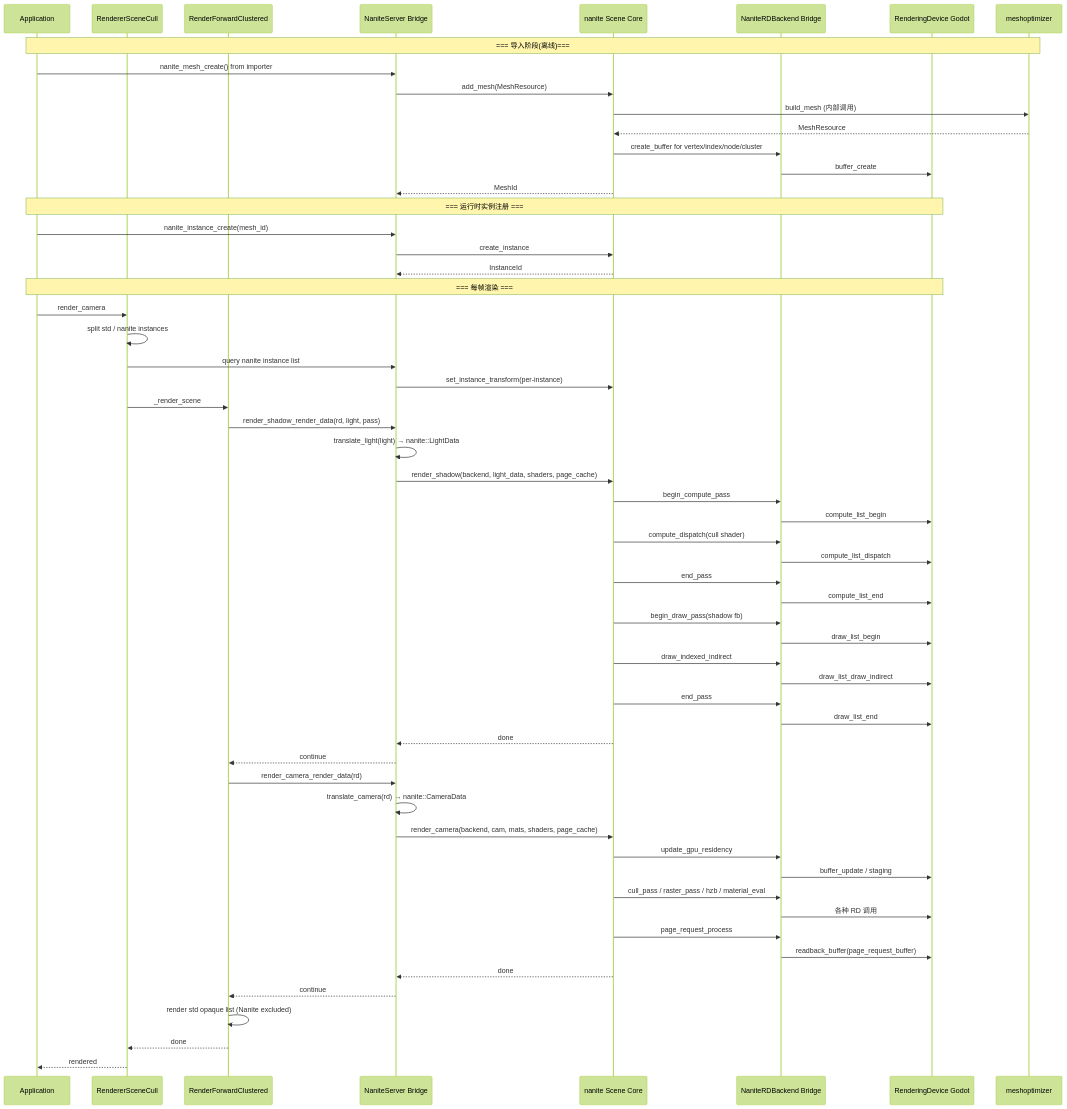
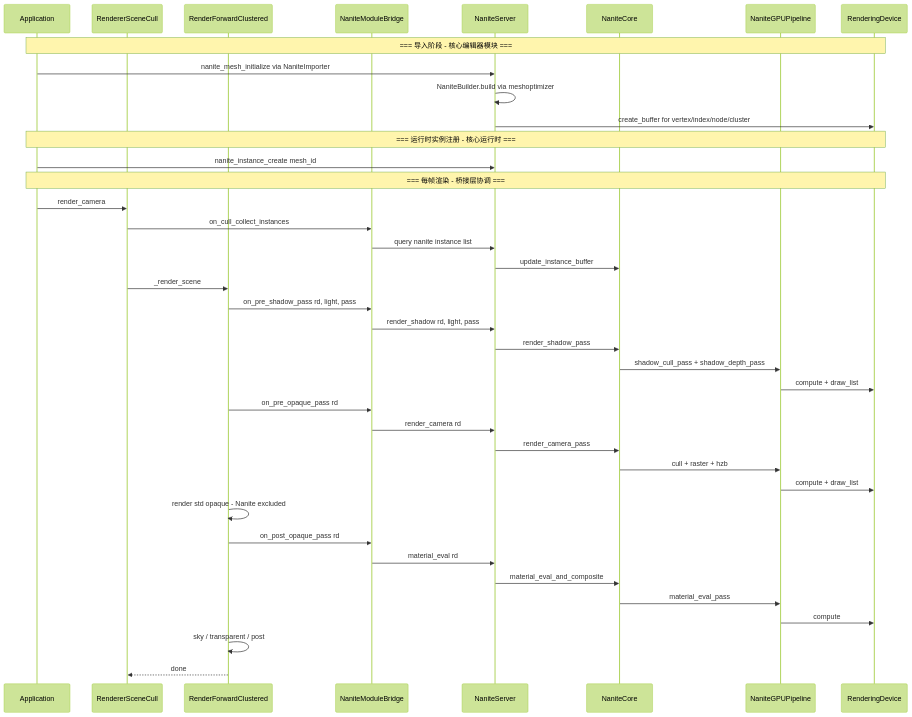
Diagram 29 of 30 in sourcecode_analysis/nanite-godot-design.md (alonecat06/godot), drawn with Mermaid (forest theme) before and after one commit. The commit also changed other lines of this file, not shown here.

First line of the commit message:
docs: redesign section 9 - Godot-dependent core + thin bridges

````diff
--- a/sourcecode_analysis/nanite-godot-design.md
+++ b/sourcecode_analysis/nanite-godot-design.md
@@ -3140,65 +2778,49 @@
 ```mermaid
 sequenceDiagram
     participant App as Application
     participant Cull as RendererSceneCull
     participant FC as RenderForwardClustered
-    participant Srv as NaniteServer Bridge
-    participant Scene as nanite Scene Core
-    participant GPU as NaniteRDBackend Bridge
-    participant RD as RenderingDevice Godot
-    participant MO as meshoptimizer
+    participant Bridge as NaniteModuleBridge
+    participant Server as NaniteServer
+    participant Core as NaniteCore
+    participant GPU as NaniteGPUPipeline
+    participant RD as RenderingDevice
 
-    Note over App,MO: === 导入阶段(离线)===
-    App->>Srv: nanite_mesh_create() from importer
-    Srv->>Scene: add_mesh(MeshResource)
-    Scene->>MO: build_mesh (内部调用)
-    MO-->>Scene: MeshResource
-    Scene->>GPU: create_buffer for vertex/index/node/cluster
-    GPU->>RD: buffer_create
-    Scene-->>Srv: MeshId
+    Note over App,RD: === 导入阶段 - 核心编辑器模块 ===
+    App->>Server: nanite_mesh_initialize via NaniteImporter
+    Server->>Server: NaniteBuilder.build via meshoptimizer
+    Server->>RD: create_buffer for vertex/index/node/cluster
 
-    Note over App,RD: === 运行时实例注册 ===
-    App->>Srv: nanite_instance_create(mesh_id)
-    Srv->>Scene: create_instance
-    Scene-->>Srv: InstanceId
+    Note over App,RD: === 运行时实例注册 - 核心运行时 ===
+    App->>Server: nanite_instance_create mesh_id
 
-    Note over App,RD: === 每帧渲染 ===
+    Note over App,RD: === 每帧渲染 - 桥接层协调 ===
     App->>Cull: render_camera
-    Cull->>Cull: split std / nanite instances
-    Cull->>Srv: query nanite instance list
-    Srv->>Scene: set_instance_transform(per-instance)
+    Cull->>Bridge: on_cull_collect_instances
+    Bridge->>Server: query nanite instance list
+    Server->>Core: update_instance_buffer
     Cull->>FC: _render_scene
 
-    FC->>Srv: render_shadow_render_data(rd, light, pass)
-    Srv->>Srv: translate_light(light) → nanite::LightData
-    Srv->>Scene: render_shadow(backend, light_data, shaders, page_cache)
-    Scene->>GPU: begin_compute_pass
-    GPU->>RD: compute_list_begin
-    Scene->>GPU: compute_dispatch(cull shader)
-    GPU->>RD: compute_list_dispatch
-    Scene->>GPU: end_pass
-    GPU->>RD: compute_list_end
-    Scene->>GPU: begin_draw_pass(shadow fb)
-    GPU->>RD: draw_list_begin
-    Scene->>GPU: draw_indexed_indirect
-    GPU->>RD: draw_list_draw_indirect
-    Scene->>GPU: end_pass
-    GPU->>RD: draw_list_end
-    Scene-->>Srv: done
-    Srv-->>FC: continue
+    FC->>Bridge: on_pre_shadow_pass rd, light, pass
+    Bridge->>Server: render_shadow rd, light, pass
+    Server->>Core: render_shadow_pass
+    Core->>GPU: shadow_cull_pass + shadow_depth_pass
+    GPU->>RD: compute + draw_list
 
-    FC->>Srv: render_camera_render_data(rd)
-    Srv->>Srv: translate_camera(rd) → nanite::CameraData
-    Srv->>Scene: render_camera(backend, cam, mats, shaders, page_cache)
-    Scene->>GPU: update_gpu_residency
-    GPU->>RD: buffer_update / staging
-    Scene->>GPU: cull_pass / raster_pass / hzb / material_eval
-    GPU->>RD: 各种 RD 调用
-    Scene->>GPU: page_request_process
-    GPU->>RD: readback_buffer(page_request_buffer)
-    Scene-->>Srv: done
-    Srv-->>FC: continue
-    FC->>FC: render std opaque list (Nanite excluded)
+    FC->>Bridge: on_pre_opaque_pass rd
+    Bridge->>Server: render_camera rd
+    Server->>Core: render_camera_pass
+    Core->>GPU: cull + raster + hzb
+    GPU->>RD: compute + draw_list
+
+    FC->>FC: render std opaque - Nanite excluded
+
+    FC->>Bridge: on_post_opaque_pass rd
+    Bridge->>Server: material_eval rd
+    Server->>Core: material_eval_and_composite
+    Core->>GPU: material_eval_pass
+    GPU->>RD: compute
+
+    FC->>FC: sky / transparent / post
     FC-->>Cull: done
-    Cull-->>App: rendered
 ```
````
